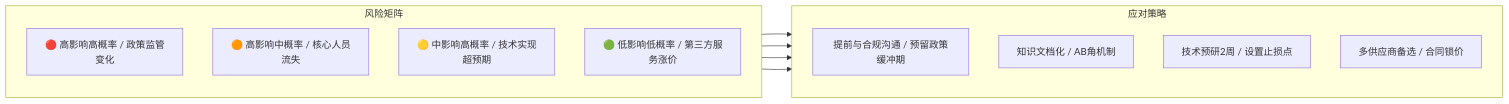
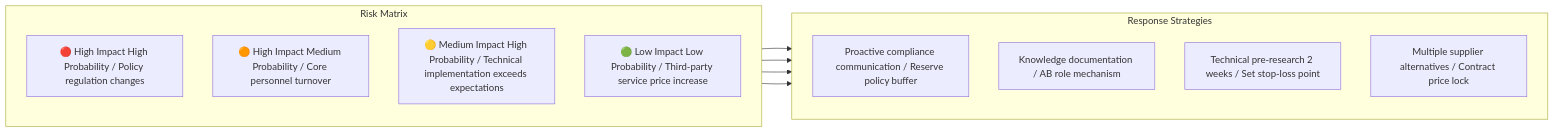
One commit to Kirky-X/cangjie changed diagram 16 of 17 in templates/产品/战略层/【模板】市场需求文档.md. Above: the diagram before and after it, drawn with Mermaid. The commit also changed other lines of this file and 60 other files, not shown here.

````diff
--- a/templates/产品/战略层/【模板】市场需求文档.md
+++ b/templates/产品/战略层/【模板】市场需求文档.md
@@ -755,23 +719,23 @@
 ```mermaid
 flowchart LR
-    subgraph 风险矩阵
+    subgraph Risk Matrix
         direction TB
-        R1[🔴 高影响高概率 / 政策监管变化]
-        R2[🟠 高影响中概率 / 核心人员流失]
-        R3[🟡 中影响高概率 / 技术实现超预期]
-        R4[🟢 低影响低概率 / 第三方服务涨价]
+        R1[🔴 High Impact High Probability / Policy regulation changes]
+        R2[🟠 High Impact Medium Probability / Core personnel turnover]
+        R3[🟡 Medium Impact High Probability / Technical implementation exceeds expectations]
+        R4[🟢 Low Impact Low Probability / Third-party service price increase]
     end
 
-    subgraph 应对策略
+    subgraph Response Strategies
         direction TB
-        S1[提前与合规沟通 / 预留政策缓冲期]
-        S2[知识文档化 / AB角机制]
-        S3[技术预研2周 / 设置止损点]
-        S4[多供应商备选 / 合同锁价]
+        S1[Proactive compliance communication / Reserve policy buffer]
+        S2[Knowledge documentation / AB role mechanism]
+        S3[Technical pre-research 2 weeks / Set stop-loss point]
+        S4[Multiple supplier alternatives / Contract price lock]
     end
 
     R1 --> S1
     R2 --> S2
     R3 --> S3
     R4 --> S4
 ```
````
